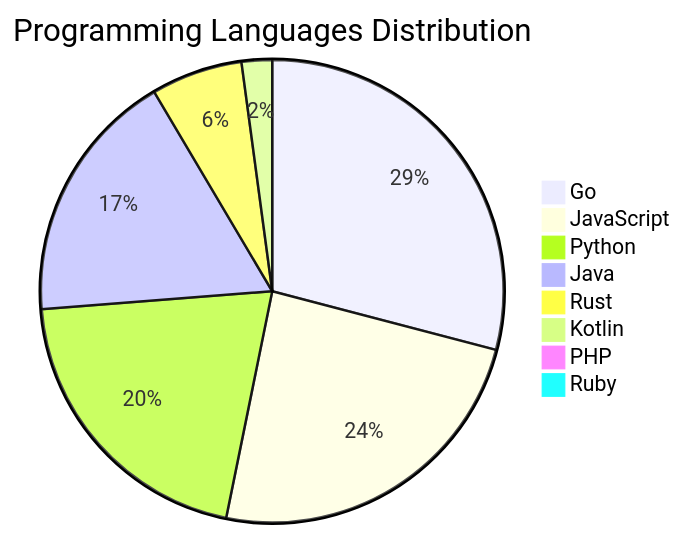
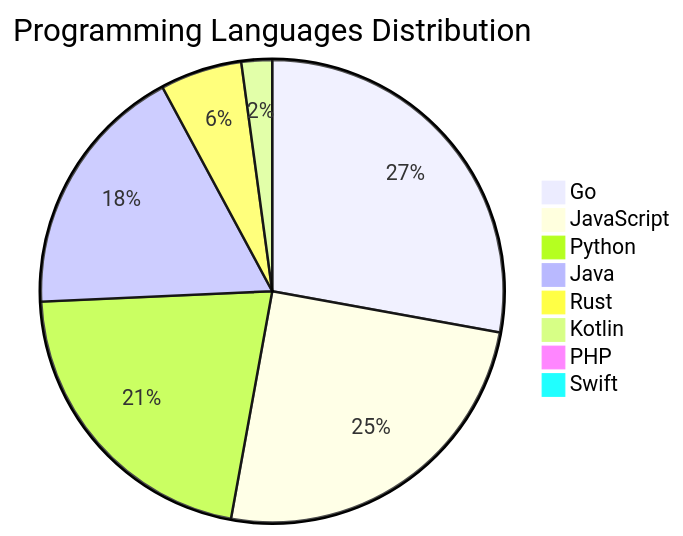
One commit to Derrick-MUGISHA/github-activity-bot changed the diagram in README.md. Above: the diagram before and after it, drawn with Mermaid. The commit also changed other lines of this file and 4 other files, not shown here.

````diff
--- a/README.md
+++ b/README.md
@@ -210,11 +209,11 @@
 ```mermaid
 pie title Programming Languages Distribution
-    "Go" : 41
-    "JavaScript" : 34
-    "Python" : 29
+    "Go" : 39
+    "JavaScript" : 35
+    "Python" : 30
     "Java" : 25
-    "Rust" : 9
+    "Rust" : 8
     "Kotlin" : 3
     "PHP" : 1
-    "Ruby" : 1
+    "Swift" : 1
 ```
````
